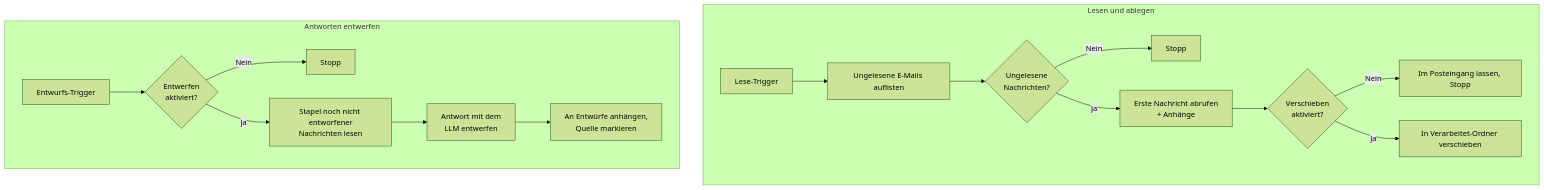
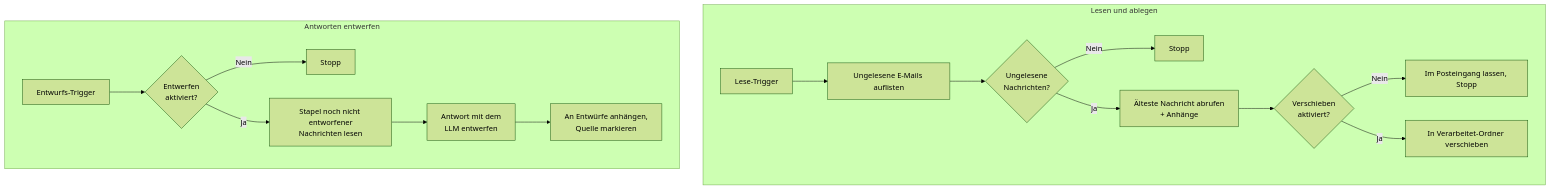
The diagram in docs/docs/2_platform/5_agents/11_email_agent/index.de.md (bbvch-ai/aihub-core), drawn with Mermaid (forest theme) before and after one commit. The commit also changed other lines of this file and 5 other files, not shown here.

````diff
--- a/docs/docs/2_platform/5_agents/11_email_agent/index.de.md
+++ b/docs/docs/2_platform/5_agents/11_email_agent/index.de.md
@@ -38,20 +38,20 @@
 ```mermaid
 flowchart TD
     subgraph read [Lesen und ablegen]
         A[Lese-Trigger] --> B[Ungelesene E-Mails auflisten]
         B --> C{Ungelesene<br/>Nachrichten?}
         C -- Nein --> D[Stopp]
-        C -- Ja --> E[Erste Nachricht abrufen<br/>+ Anhänge]
+        C -- Ja --> E[Älteste Nachricht abrufen<br/>+ Anhänge]
         E --> F{Verschieben<br/>aktiviert?}
         F -- Nein --> G[Im Posteingang lassen, Stopp]
         F -- Ja --> H[In Verarbeitet-Ordner verschieben]
     end
 
     subgraph draft [Antworten entwerfen]
         I[Entwurfs-Trigger] --> J{Entwerfen<br/>aktiviert?}
         J -- Nein --> K[Stopp]
         J -- Ja --> L[Stapel noch nicht entworfener<br/>Nachrichten lesen]
         L --> M[Antwort mit dem<br/>LLM entwerfen]
         M --> N[An Entwürfe anhängen,<br/>Quelle markieren]
     end
 ```
````
